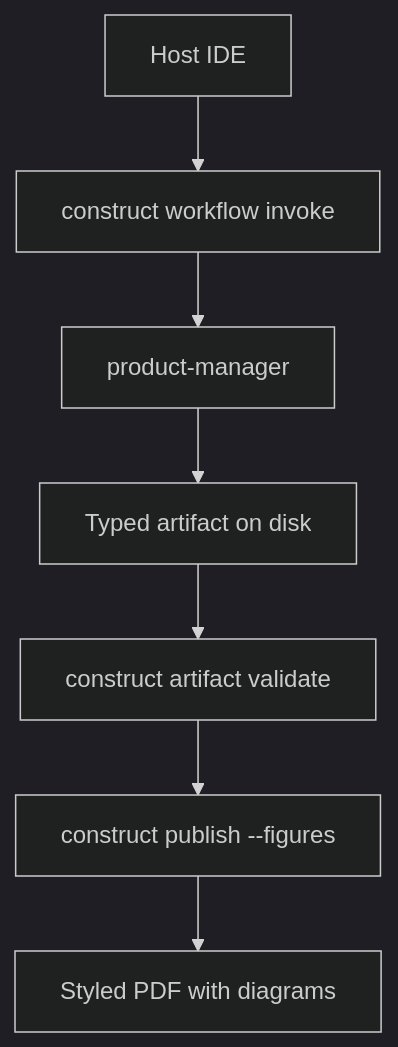
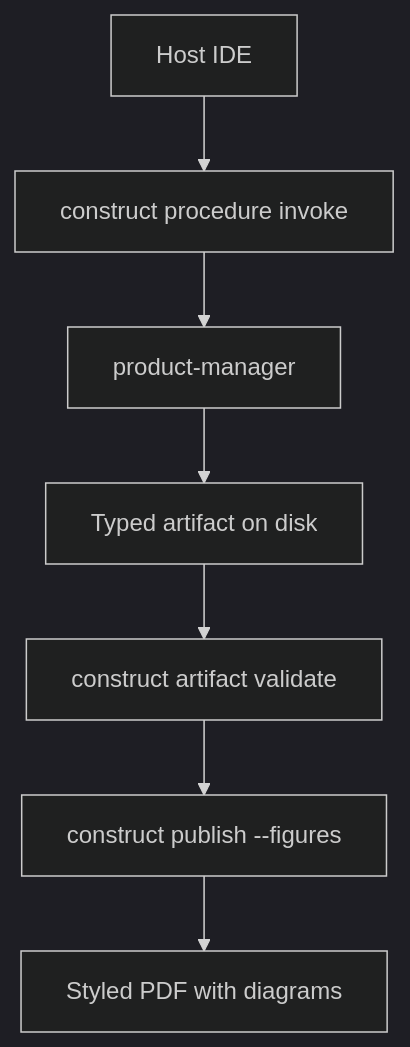
Before and after one commit to geraldmaron/construct: the second of 3 diagrams in tests/fixtures/publish/golden-prd-platform.md, drawn with Mermaid (dark theme). The commit also changed other lines of this file and 15 other files, not shown here.

First line of the commit message:
fix(publish): retire Mermaid handDrawn/Caveat; add SVG overlap proof

````diff
--- a/tests/fixtures/publish/golden-prd-platform.md
+++ b/tests/fixtures/publish/golden-prd-platform.md
@@ -272,9 +272,9 @@
 ```mermaid
 flowchart TD
-  A[Host IDE] --> B[construct workflow invoke]
+  A[Host IDE] --> B[construct procedure invoke]
   B --> C[product-manager]
   C --> D[Typed artifact on disk]
   D --> E[construct artifact validate]
   E --> F[construct publish --figures]
   F --> G[Styled PDF with diagrams]
 ```
````
